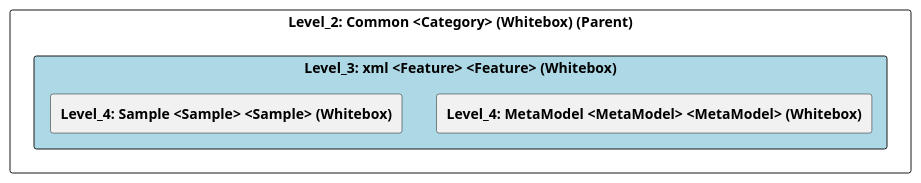
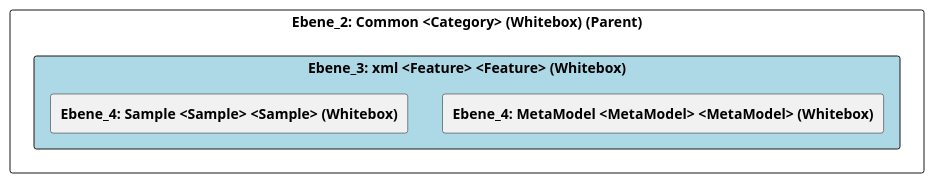
One commit to marcozwyssig/cleon changed the diagram in doc/cleonproject_deliverables_architecture_model_architecture/adoc/de/05_bausteinsicht/cleon/common/xml/ebene_3_xml.adoc. Above: the diagram before and after it, drawn with PlantUML. The commit also changed other lines of this file and 258 other files, not shown here.

```diff
--- a/doc/cleonproject_deliverables_architecture_model_architecture/adoc/de/05_bausteinsicht/cleon/common/xml/ebene_3_xml.adoc
+++ b/doc/cleonproject_deliverables_architecture_model_architecture/adoc/de/05_bausteinsicht/cleon/common/xml/ebene_3_xml.adoc
@@ -24,25 +24,25 @@
-[plantuml, Level_3: xml <Feature> <Feature> (Whitebox)BlockOverview, format="svg"]
+[plantuml, Ebene_3: xml <Feature> <Feature> (Whitebox)BlockOverview, format="svg"]
 ----
-@startuml Level_3: xml <Feature> <Feature> (Whitebox)BuildingBlockOverview
+@startuml Ebene_3: xml <Feature> <Feature> (Whitebox)BuildingBlockOverview
 
 skinparam ranksep 10
 skinparam componentStyle rectangle
 skinparam shadowing false
 skinparam arrowColor lightblue
 skinparam arrowThickness 1.2
 skinparam rectangle {
   BackgroundColor White
   BorderColor #333
   RoundCorner 10
 }
 top to bottom direction
 
-component "Level_2: Common <Category> (Whitebox) (Parent)" {
-    component "Level_3: xml <Feature> <Feature> (Whitebox)" #lightblue {
-        [**Level_4: MetaModel <MetaModel> <MetaModel> (Whitebox)**] as 4A570574_D579_11EE_903E_9F564E4DE07E
-        [**Level_4: Sample <Sample> <Sample> (Whitebox)**] as 4A56DE3A_D579_11EE_903E_9F564E4DE07E
+component "Ebene_2: Common <Category> (Whitebox) (Parent)" {
+    component "Ebene_3: xml <Feature> <Feature> (Whitebox)" #lightblue {
+        [**Ebene_4: MetaModel <MetaModel> <MetaModel> (Whitebox)**] as 4A570574_D579_11EE_903E_9F564E4DE07E
+        [**Ebene_4: Sample <Sample> <Sample> (Whitebox)**] as 4A56DE3A_D579_11EE_903E_9F564E4DE07E
     }
 }
 
 @enduml
 ----
```
